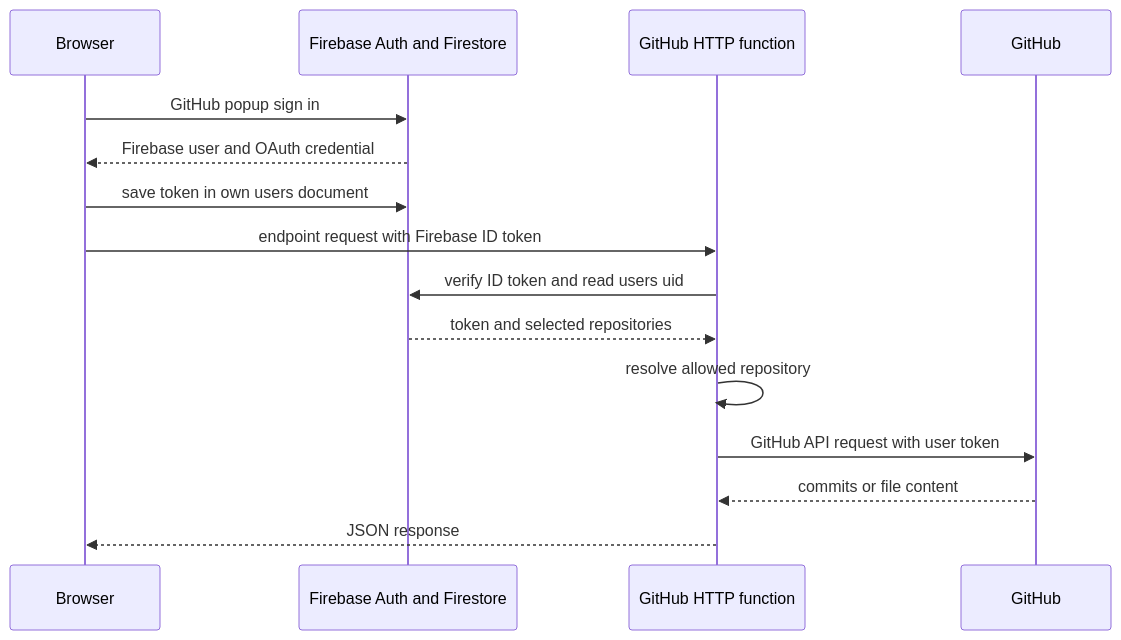
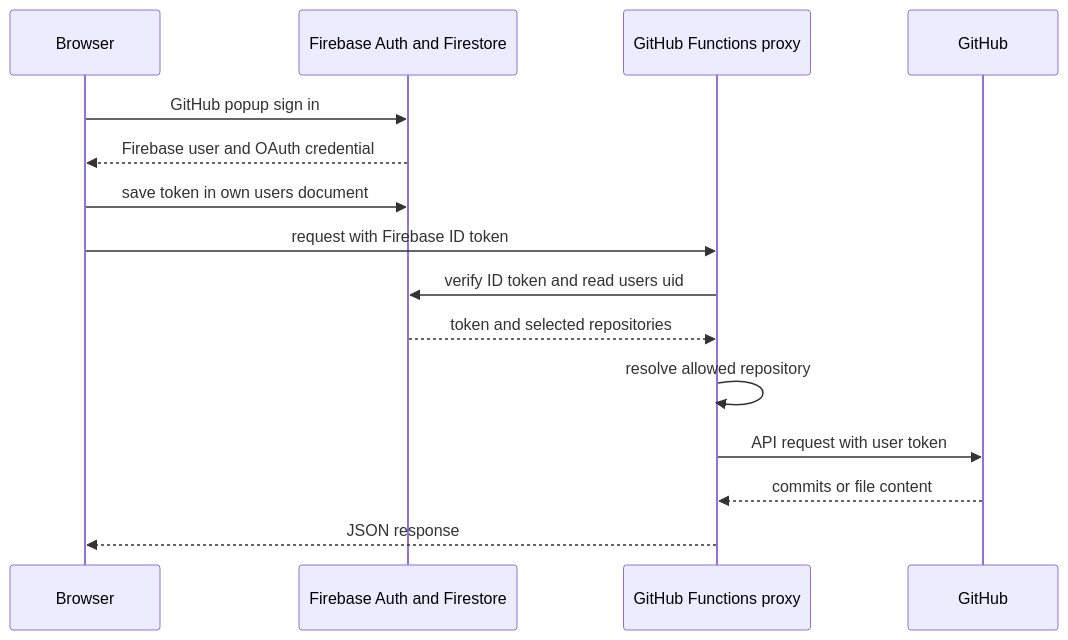
Before and after one commit to chucoding/code-recall: the diagram in openwiki/integrations/github-access.md, drawn with Mermaid. The commit also changed other lines of this file and 26 other files, not shown here.

````diff
--- a/openwiki/integrations/github-access.md
+++ b/openwiki/integrations/github-access.md
@@ -43,17 +43,17 @@
 ```mermaid
 sequenceDiagram
   participant Browser
   participant Firebase as Firebase Auth and Firestore
-  participant Proxy as GitHub HTTP function
+  participant Proxy as GitHub Functions proxy
   participant GitHub
   Browser->>Firebase: GitHub popup sign in
   Firebase-->>Browser: Firebase user and OAuth credential
   Browser->>Firebase: save token in own users document
-  Browser->>Proxy: endpoint request with Firebase ID token
+  Browser->>Proxy: request with Firebase ID token
   Proxy->>Firebase: verify ID token and read users uid
   Firebase-->>Proxy: token and selected repositories
   Proxy->>Proxy: resolve allowed repository
-  Proxy->>GitHub: GitHub API request with user token
+  Proxy->>GitHub: API request with user token
   GitHub-->>Proxy: commits or file content
   Proxy-->>Browser: JSON response
 ```
````
